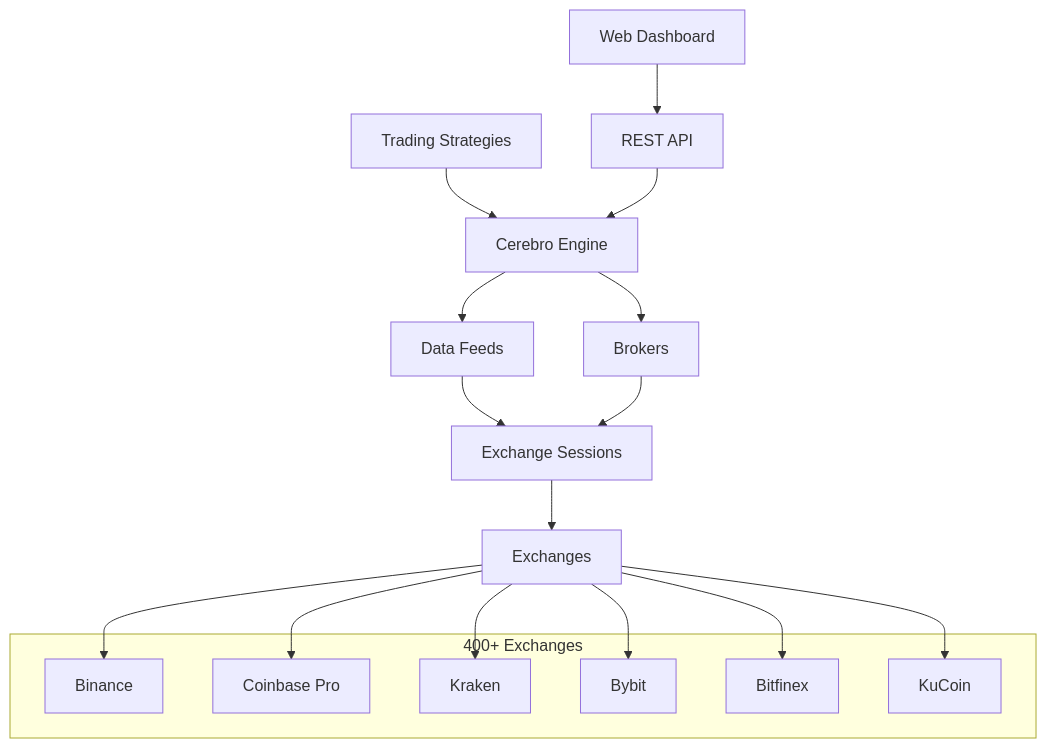
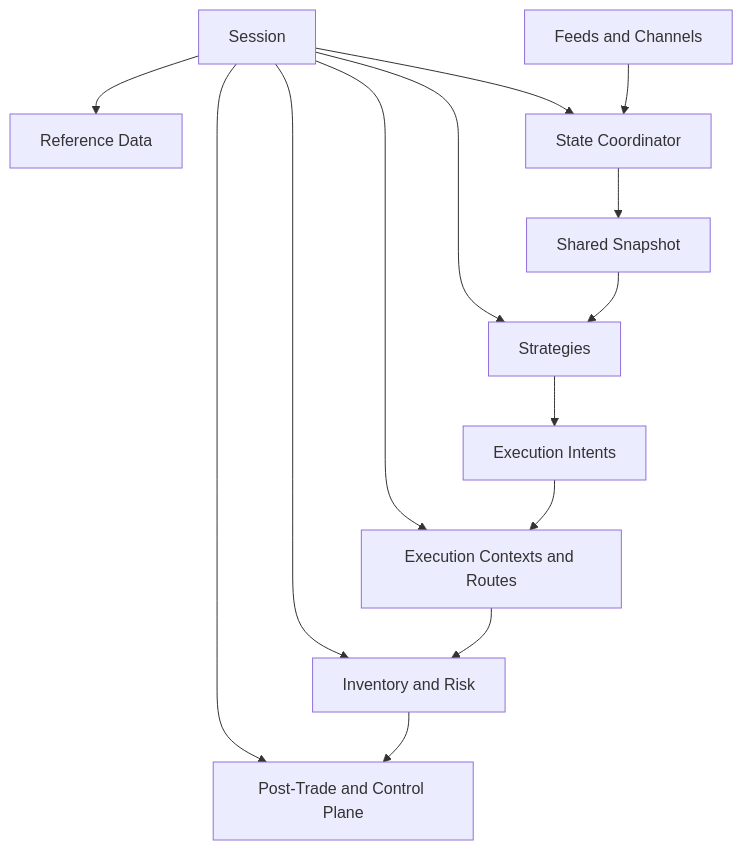
Before and after one commit to cracktrader/docs: the diagram in index.md, drawn with Mermaid. The commit also changed other lines of this file and 7 other files, not shown here.

Commit message:
docs(architecture): reset runtime map and agent index

````diff
--- a/index.md
+++ b/index.md
@@ -98,28 +41,16 @@
 ```mermaid
-graph TB
-    A[Trading Strategies] --> B[Cerebro Engine]
-    B --> C[Data Feeds]
-    B --> D[Brokers]
-    C --> E[Exchange Sessions]
-    D --> E
-    E --> F[Exchanges]
-
-    G[Web Dashboard] --> H[REST API]
-    H --> B
-
-    subgraph "400+ Exchanges"
-        F1[Binance]
-        F2[Coinbase Pro]
-        F3[Kraken]
-        F4[Bybit]
-        F5[Bitfinex]
-        F6[KuCoin]
-    end
-
-    F --> F1
-    F --> F2
-    F --> F3
-    F --> F4
-    F --> F5
-    F --> F6
+graph TD
+    A["Session"] --> B["Reference Data"]
+    A --> C["State Coordinator"]
+    A --> D["Strategies"]
+    A --> E["Execution Contexts and Routes"]
+    A --> F["Inventory and Risk"]
+    A --> G["Post-Trade and Control Plane"]
+    H["Feeds and Channels"] --> C
+    C --> I["Shared Snapshot"]
+    I --> D
+    D --> J["Execution Intents"]
+    J --> E
+    E --> F
+    F --> G
 ```
````
